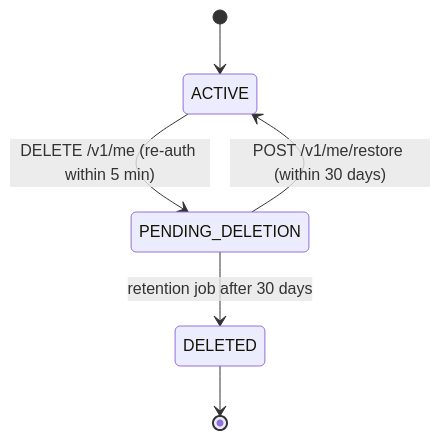
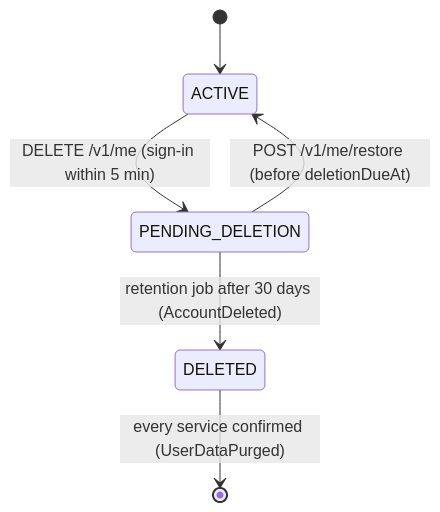
Before and after one commit to master-node1/theauracoach: the diagram in docs/modules/users/LLD.md, drawn with Mermaid. The commit also changed other lines of this file and 40 other files, not shown here.

First line of the commit message:
TAC-7: web, mobile, local stack and docs for data export and deletion

````diff
--- a/docs/modules/users/LLD.md
+++ b/docs/modules/users/LLD.md
@@ -24,8 +31,8 @@
 ```mermaid
 stateDiagram-v2
   [*] --> ACTIVE
-  ACTIVE --> PENDING_DELETION: DELETE /v1/me (re-auth within 5 min)
-  PENDING_DELETION --> ACTIVE: POST /v1/me/restore (within 30 days)
-  PENDING_DELETION --> DELETED: retention job after 30 days
-  DELETED --> [*]
+  ACTIVE --> PENDING_DELETION: DELETE /v1/me (sign-in within 5 min)
+  PENDING_DELETION --> ACTIVE: POST /v1/me/restore (before deletionDueAt)
+  PENDING_DELETION --> DELETED: retention job after 30 days (AccountDeleted)
+  DELETED --> [*]: every service confirmed (UserDataPurged)
 ```
````
